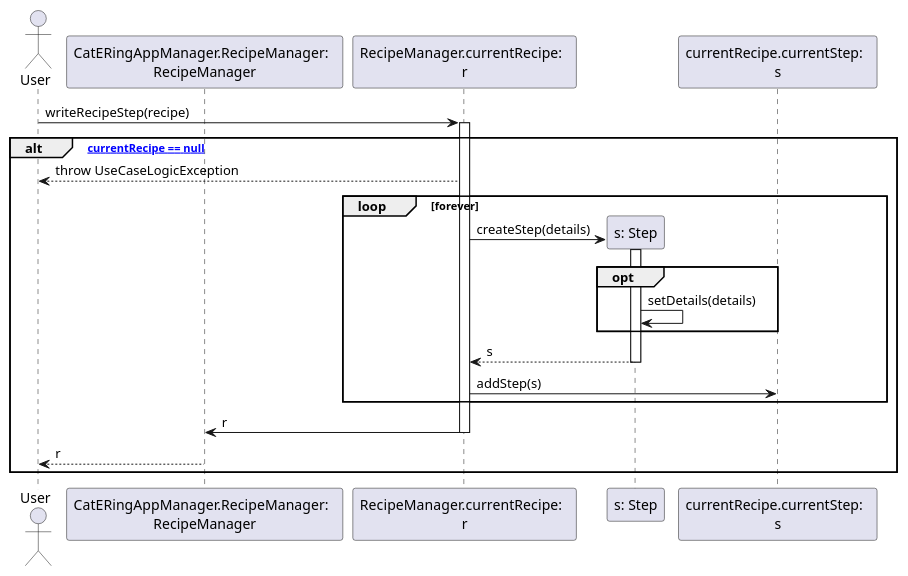
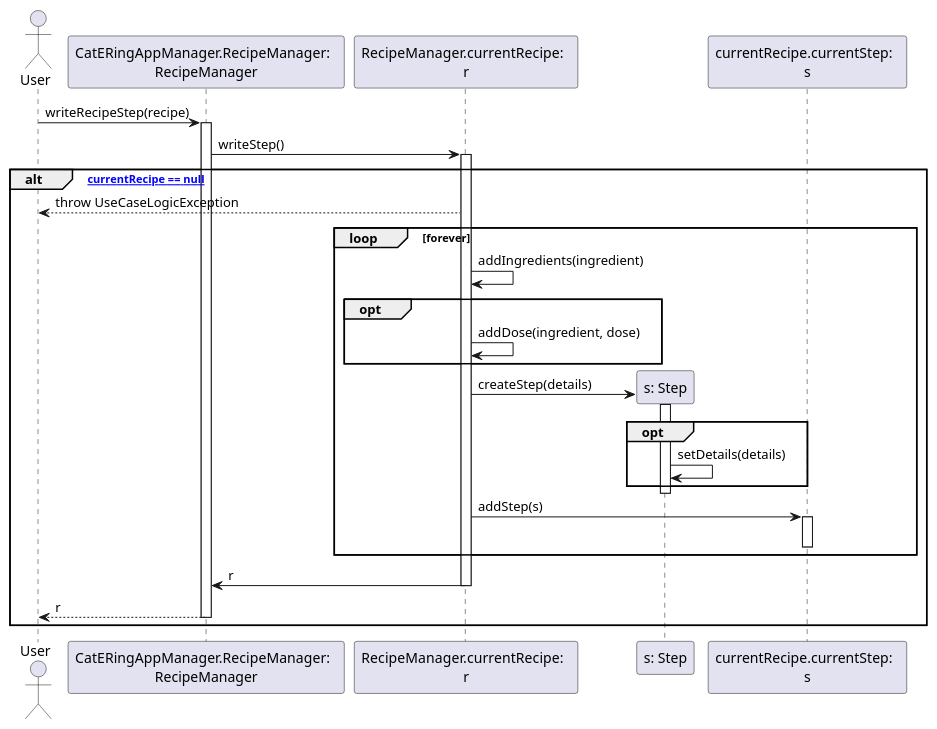
Before and after one commit to m0canu1/sas: the diagram in dsd/dsd-ricette/2-writeRecipeStep.md, drawn with PlantUML. The commit also changed 2 other files, not shown here.

Commit message:
aggiornati e finiti i passi 2 e 5 del dsd

````diff
--- a/dsd/dsd-ricette/2-writeRecipeStep.md
+++ b/dsd/dsd-ricette/2-writeRecipeStep.md
@@ -1,27 +1,35 @@
 ```plantuml
 Actor User
 Participant "CatERingAppManager.RecipeManager:  \nRecipeManager"
 Participant "RecipeManager.currentRecipe:  \nr"
 
-User -> "RecipeManager.currentRecipe:  \nr": writeRecipeStep(recipe)
+User -> "CatERingAppManager.RecipeManager:  \nRecipeManager": writeRecipeStep(recipe)
+Activate "CatERingAppManager.RecipeManager:  \nRecipeManager"
+"CatERingAppManager.RecipeManager:  \nRecipeManager" -> "RecipeManager.currentRecipe:  \nr": writeStep()
 activate "RecipeManager.currentRecipe:  \nr"
 alt ["currentRecipe == null"]
     "RecipeManager.currentRecipe:  \nr" --> User: throw UseCaseLogicException
     loop forever
+        "RecipeManager.currentRecipe:  \nr" -> "RecipeManager.currentRecipe:  \nr": addIngredients(ingredient)
+        opt
+            "RecipeManager.currentRecipe:  \nr" -> "RecipeManager.currentRecipe:  \nr": addDose(ingredient, dose)
+        end
          create "s: Step"
          "RecipeManager.currentRecipe:  \nr" -> "s: Step":createStep(details)
-         activate "s: Step"
+         Activate "s: Step"
          opt
             "s: Step" -> "s: Step":setDetails(details)
          end
-         "s: Step" --> "RecipeManager.currentRecipe:  \nr": s
-         deactivate "s: Step"
+         Deactivate "s: Step"
          "RecipeManager.currentRecipe:  \nr" -> "currentRecipe.currentStep:  \ns": addStep(s)
+         Activate "currentRecipe.currentStep:  \ns"
+         Deactivate "currentRecipe.currentStep:  \ns"
     end
     "RecipeManager.currentRecipe:  \nr" -> "CatERingAppManager.RecipeManager:  \nRecipeManager": r
     deactivate "RecipeManager.currentRecipe:  \nr"
     "CatERingAppManager.RecipeManager:  \nRecipeManager" --> User: r
+    Deactivate "CatERingAppManager.RecipeManager:  \nRecipeManager"
     
 end
 
 ```
````
